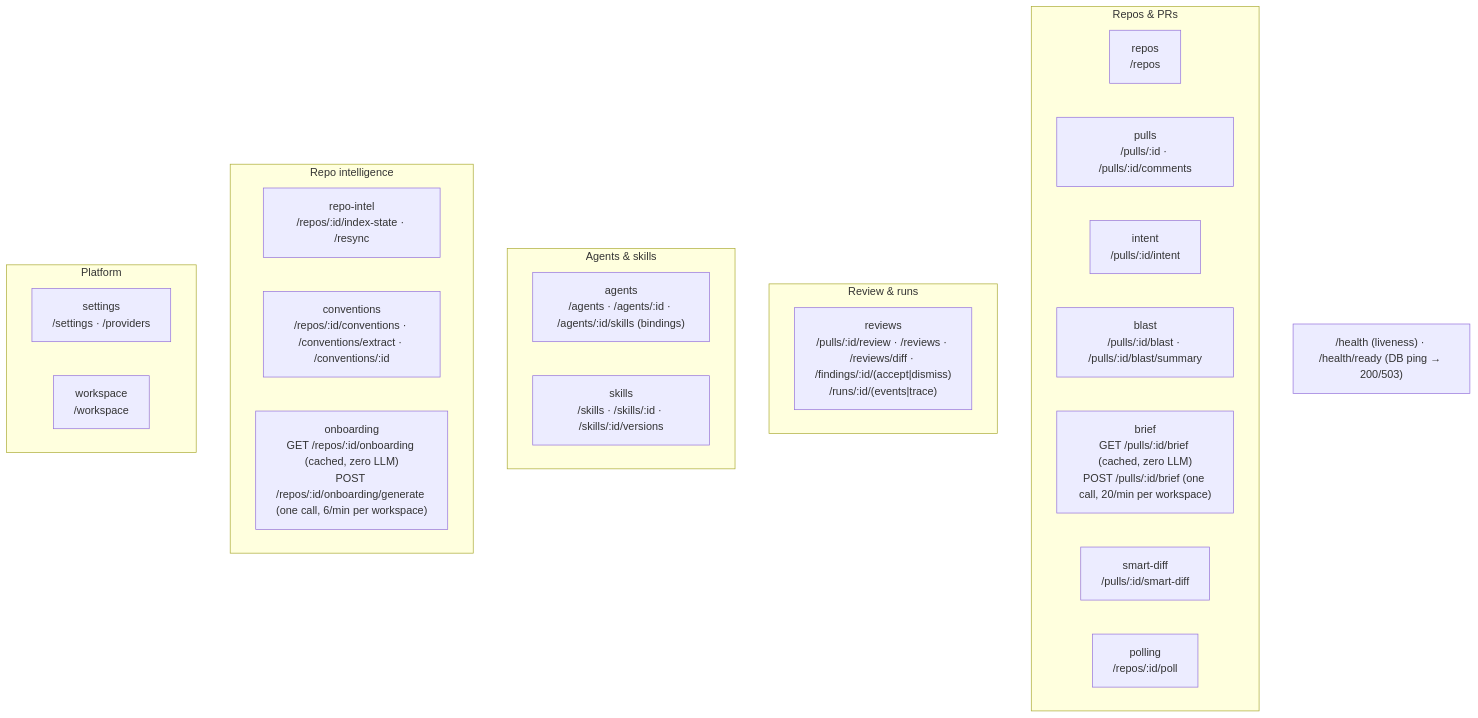
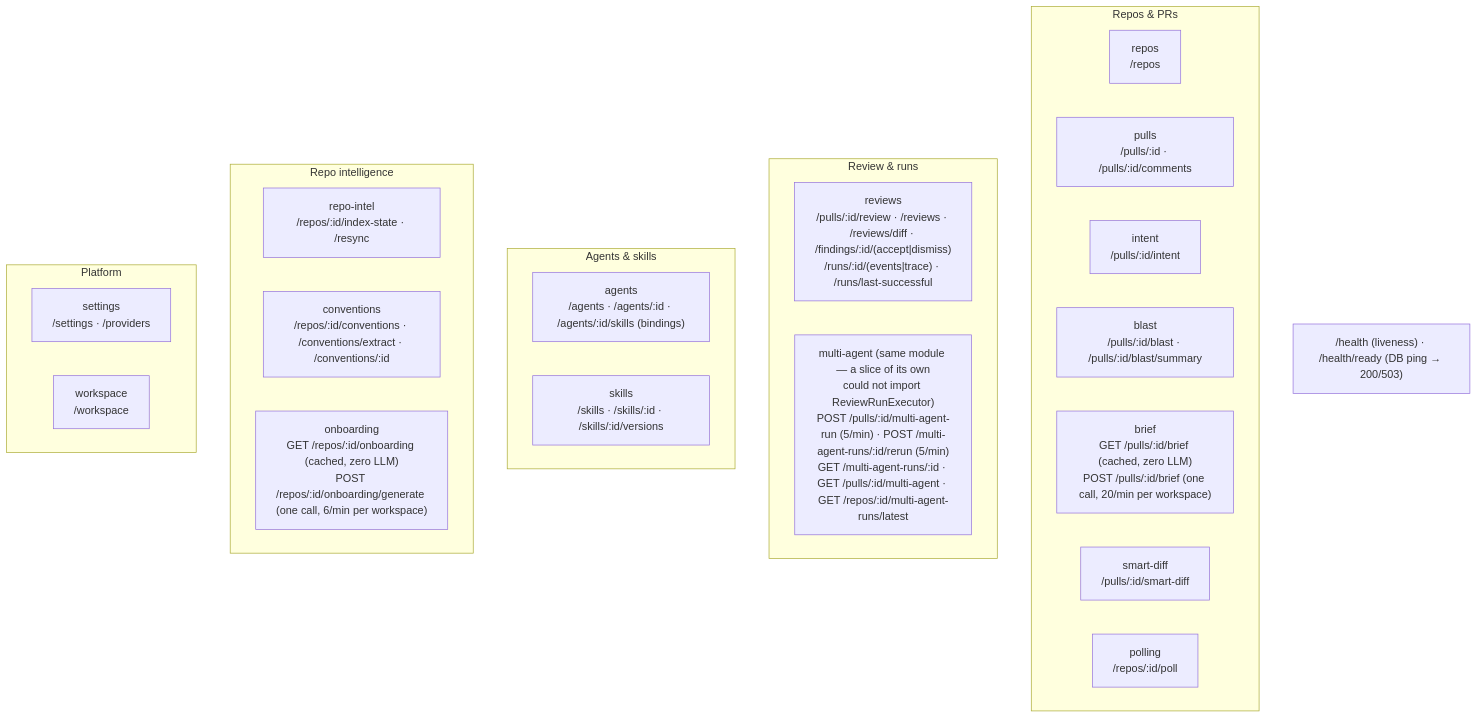
Before and after one commit to Holubinka/dev-digest: the second of 2 diagrams in server/README.md, drawn with Mermaid. The commit also changed 142 other files, not shown here.

First line of the commit message:
feat(reviews): multi-agent PR review over a chosen set of agents

````diff
--- a/server/README.md
+++ b/server/README.md
@@ -64,29 +64,30 @@
 ```mermaid
 flowchart TB
   subgraph Repos_PRs["Repos & PRs"]
     repos["repos<br/>/repos"]
     pulls["pulls<br/>/pulls/:id · /pulls/:id/comments"]
     intent["intent<br/>/pulls/:id/intent"]
     blast["blast<br/>/pulls/:id/blast · /pulls/:id/blast/summary"]
     brief["brief<br/>GET /pulls/:id/brief (cached, zero LLM)<br/>POST /pulls/:id/brief (one call, 20/min per workspace)"]
     smartDiff["smart-diff<br/>/pulls/:id/smart-diff"]
     polling["polling<br/>/repos/:id/poll"]
   end
   subgraph Review["Review & runs"]
-    reviews["reviews<br/>/pulls/:id/review · /reviews · /reviews/diff · /findings/:id/(accept|dismiss)<br/>/runs/:id/(events|trace)"]
+    reviews["reviews<br/>/pulls/:id/review · /reviews · /reviews/diff · /findings/:id/(accept|dismiss)<br/>/runs/:id/(events|trace) · /runs/last-successful"]
+    multiAgent["multi-agent (same module — a slice of its own<br/>could not import ReviewRunExecutor)<br/>POST /pulls/:id/multi-agent-run (5/min) · POST /multi-agent-runs/:id/rerun (5/min)<br/>GET /multi-agent-runs/:id · GET /pulls/:id/multi-agent · GET /repos/:id/multi-agent-runs/latest"]
   end
   subgraph Agents["Agents & skills"]
     agents["agents<br/>/agents · /agents/:id · /agents/:id/skills (bindings)"]
     skills["skills<br/>/skills · /skills/:id · /skills/:id/versions"]
   end
   subgraph Intel["Repo intelligence"]
     repoIntel["repo-intel<br/>/repos/:id/index-state · /resync"]
     conventions["conventions<br/>/repos/:id/conventions · /conventions/extract · /conventions/:id"]
     onboarding["onboarding<br/>GET /repos/:id/onboarding (cached, zero LLM)<br/>POST /repos/:id/onboarding/generate (one call, 6/min per workspace)"]
   end
   subgraph Platform["Platform"]
     settings["settings<br/>/settings · /providers"]
     workspace["workspace<br/>/workspace"]
   end
   HEALTH["/health (liveness) · /health/ready (DB ping → 200/503)"]
 ```
````
